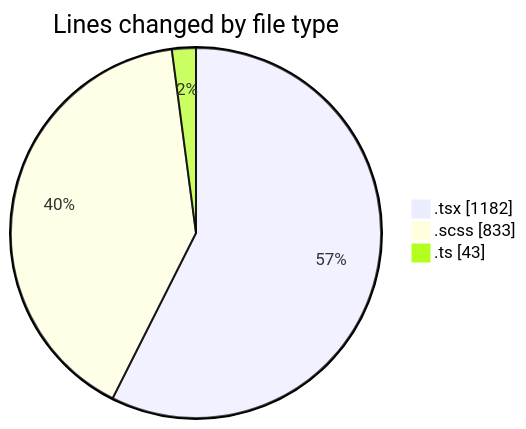
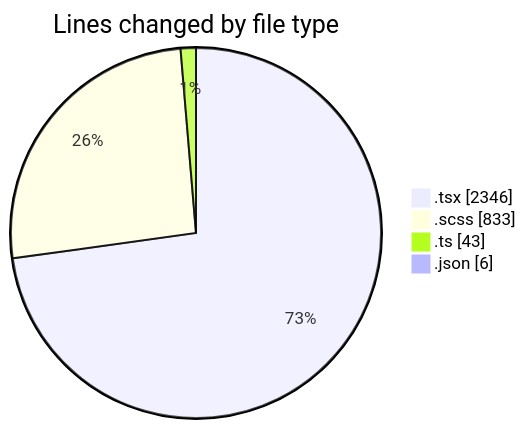
The first of 2 diagrams in 2025-10-06/cda/README.md (momahboobian/code-tracking), drawn with Mermaid before and after one commit. The commit also changed other lines of this file and 1 other file, not shown here.

````diff
--- a/2025-10-06/cda/README.md
+++ b/2025-10-06/cda/README.md
@@ -25,7 +27,8 @@
 ```mermaid
 pie showData
 title Lines changed by file type
-".tsx" : 1182
+".tsx" : 2346
 ".scss" : 833
 ".ts" : 43
+".json" : 6
 ```
````
